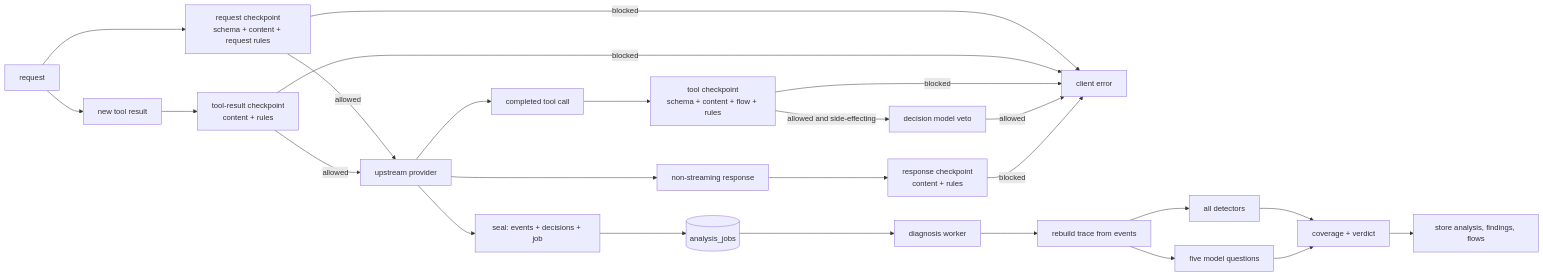
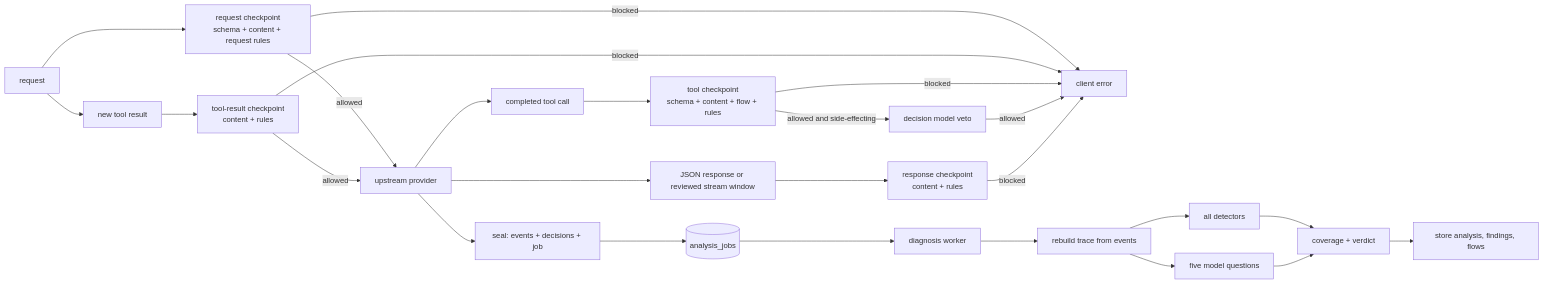
Before and after one commit to yv1ing/SafeAgent: the diagram in docs/agent/analysis.md, drawn with Mermaid. The commit also changed other lines of this file and 69 other files, not shown here.

Commit message:
feat: add bounded streaming review before the first response byte

````diff
--- a/docs/agent/analysis.md
+++ b/docs/agent/analysis.md
@@ -5,27 +5,27 @@
 ```mermaid
 flowchart LR
     Request["request"] --> Admission["request checkpoint<br/>schema + content + request rules"]
     Admission -->|allowed| Provider["upstream provider"]
     Admission -->|blocked| Client["client error"]
     Request --> Result["new tool result"]
     Result --> ResultGate["tool-result checkpoint<br/>content + rules"]
     ResultGate -->|blocked| Client
     ResultGate -->|allowed| Provider
     Provider --> Tool["completed tool call"]
     Tool --> ToolGate["tool checkpoint<br/>schema + content + flow + rules"]
     ToolGate -->|allowed and side-effecting| Veto["decision model veto"]
     ToolGate -->|blocked| Client
     Veto -->|allowed| Client
-    Provider --> Response["non-streaming response"]
+    Provider --> Response["JSON response or reviewed stream window"]
     Response --> ResponseGate["response checkpoint<br/>content + rules"]
     ResponseGate -->|blocked| Client
     Provider --> Seal["seal: events + decisions + job"]
     Seal --> DB[("analysis_jobs")]
     DB --> Worker["diagnosis worker"]
     Worker --> Replay["rebuild trace from events"]
     Replay --> Detectors["all detectors"]
     Replay --> Questions["five model questions"]
     Detectors --> Verdict["coverage + verdict"]
     Questions --> Verdict
     Verdict --> Store["store analysis, findings, flows"]
 ```
````
